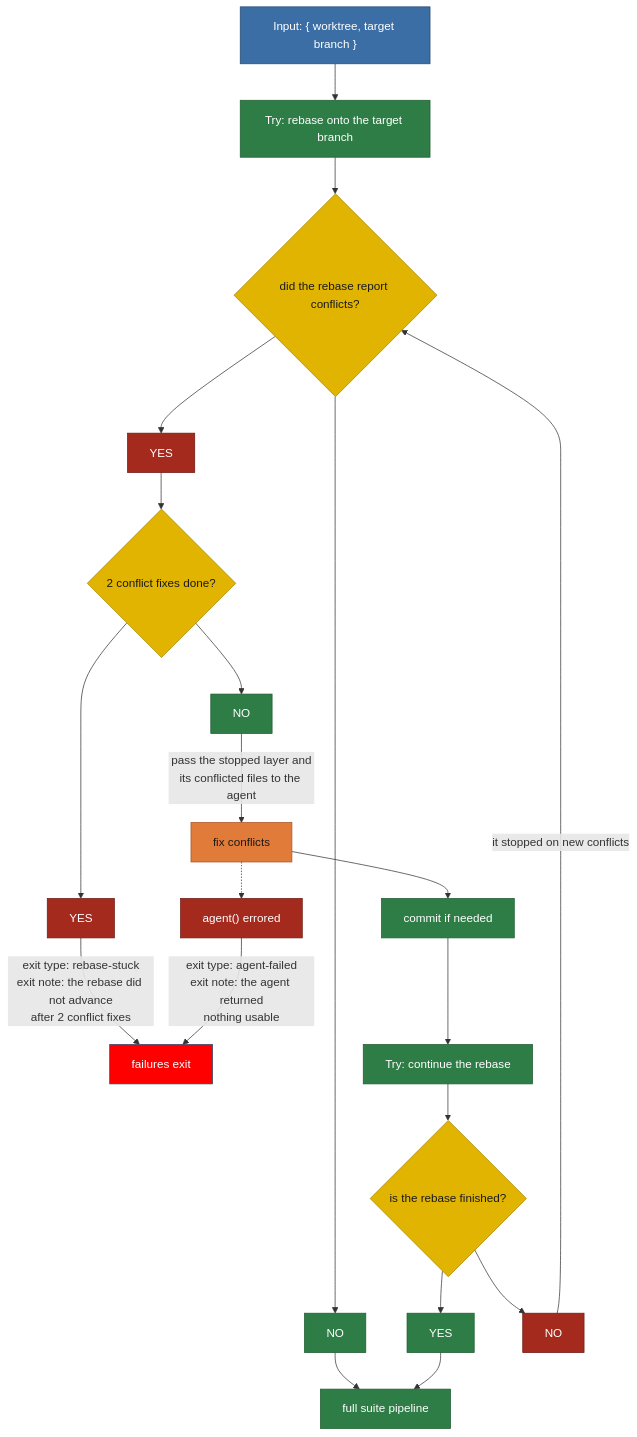
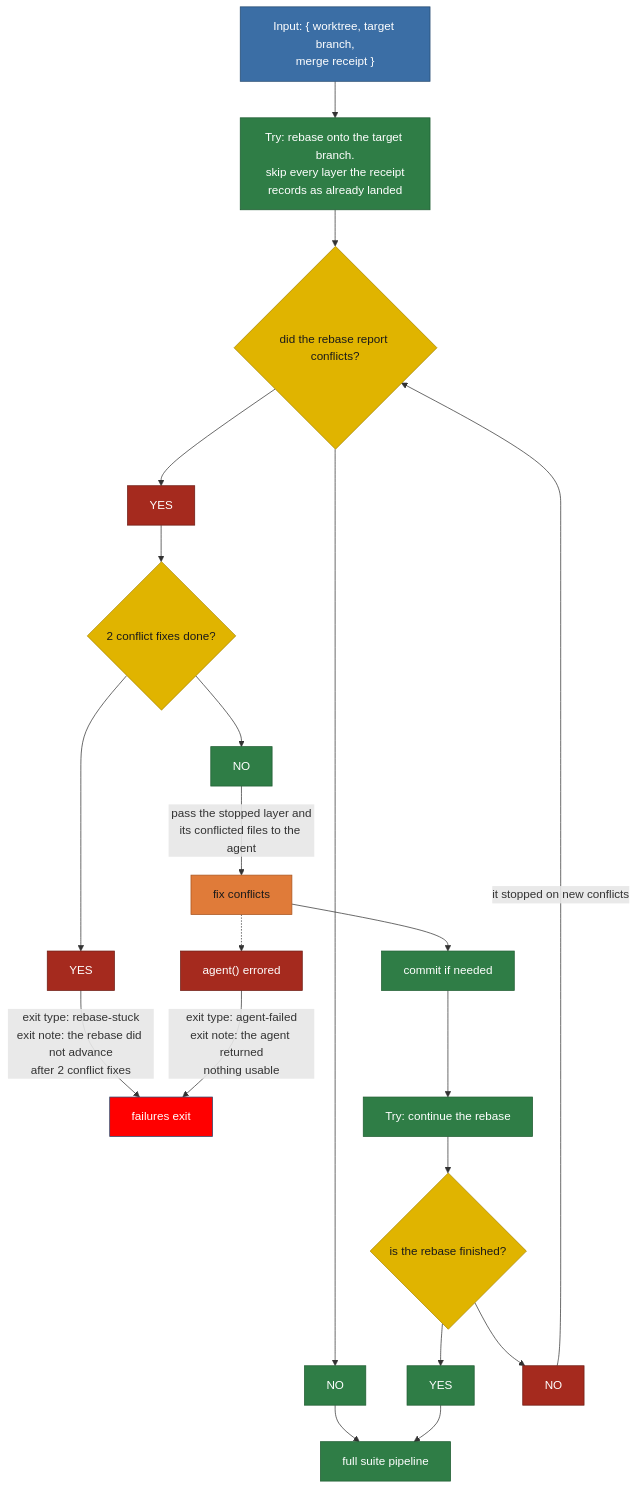
The diagram in plans/diagram/pipeline-rebase.mmd (matkatmusic/taskTools), drawn with Mermaid before and after one commit. The commit also changed 15 other files, not shown here.

Commit message:
cleaned up comments in pipeline diagrams

```diff
--- a/plans/diagram/pipeline-rebase.mmd
+++ b/plans/diagram/pipeline-rebase.mmd
@@ -1,70 +1,75 @@
 flowchart TB
-%% REBASE PIPELINE. Split from pipeline-rebaseMerge.mmd.
-%% Input: a finished implementation, with the source repo lock already held by
-%% the rebase preamble pipeline.
-%% One job: get the task's commits sitting on top of the target branch.
-%% Starts at "rebase onto the target branch". Ends rebased, or with an exit.
-%% Rules that apply everywhere, not steps:
-%%   1. Every git interaction goes through a script. Never prose.
-%%   2. A repair is never replayed until it is committed, so the conflict cycle
-%%      always runs fix -> commit -> continue, never fix -> continue.
-%%   3. "commit if needed" commits nothing when the worktree is clean.
-%%   4. Every box that touches the working tree operates on every repository
-%%      layer, deepest submodule first, root last.
-%%   5. The source repo lock is already held and stays held until the exit
-%%      workflow releases it. Every box here refreshes its heartbeat.
-%%   6. A script that fails operationally, as opposed to returning a verdict,
-%%      exits the run as run-failed. The task is already active and a worktree
-%%      already exists here, so the exit workflow always runs in full.
-%% Exit types this pipeline can produce:
-%%   agent-failed       - an agent returned nothing usable
-%%   rebase-stuck       - the rebase did not advance after 2 conflict fixes
-%%   run-failed         - a script failed operationally
-%% run-failed is deliberately not drawn as an edge out of every box. It can leave
-%% ANY green box, so drawing it would add one edge per box and hide the flow.
-%% The rebased worktree this pipeline emits is the input to the full suite
-%% pipeline. The merge pipeline re-enters here when a merge does not land.
+%% REBASE PIPELINE.
+%% ---
+%% Input: a finished implementation.
+%% ---
+%% Job: put the task's commits on top of the target branch.
+%% ---
+%% A conflict fix runs fix, then commit, then continue.
+%% ---
+%% Never fix then continue without committing first.
+%% ---
+%% The source lock is already held here.
+%% ---
+%% Every box refreshes the lock's heartbeat.
+%% ---
+%% Walks every repository layer, deepest submodule first.
+%% ---
+%% The receipt names layers already landed by the merge.
+%% ---
+%% A landed layer is public. Rebasing it would rewrite it.
+%% ---
+%% So this pipeline skips any layer the receipt marks landed.
+%% ---
+%% Merge re-enters here only when nothing landed.
+%% ---
+%% So the receipt is normally empty, but check, don't assume.
+%% ---
+%% Exit types: agent-failed, rebase-stuck, run-failed.
+%% ---
+%% Output feeds the full suite pipeline.
 
-  SOURCE_REPO_LOCKED_INPUT["Input: { worktree, target branch }"] --> REBASE_ONTO_TARGET_BRANCH
-  REBASE_ONTO_TARGET_BRANCH["Try: rebase onto the target branch"] --> DID_REBASE_REPORT_CONFLICTS{"did the rebase report conflicts?"}
+  SOURCE_REPO_LOCKED_INPUT["Input: { worktree, target branch,<br/>merge receipt }"] --> REBASE_ONTO_TARGET_BRANCH
+  REBASE_ONTO_TARGET_BRANCH["Try: rebase onto the target branch.<br/>skip every layer the receipt<br/>records as already landed"] --> DID_REBASE_REPORT_CONFLICTS{"did the rebase report conflicts?"}
   DID_REBASE_REPORT_CONFLICTS --> DID_REBASE_REPORT_CONFLICTS_YES["YES"]
   DID_REBASE_REPORT_CONFLICTS --> DID_REBASE_REPORT_CONFLICTS_NO["NO"]
 
   DID_REBASE_REPORT_CONFLICTS_YES --> ARE_2_CONFLICT_FIXES_DONE{"2 conflict fixes done?"}
   ARE_2_CONFLICT_FIXES_DONE --> ARE_2_CONFLICT_FIXES_DONE_NO["NO"]
   ARE_2_CONFLICT_FIXES_DONE --> ARE_2_CONFLICT_FIXES_DONE_YES["YES"]
   ARE_2_CONFLICT_FIXES_DONE_YES -- "exit type: rebase-stuck<br/>exit note: the rebase did not advance<br/>after 2 conflict fixes" --> EXIT_WORKFLOW
   ARE_2_CONFLICT_FIXES_DONE_NO -- "pass the stopped layer and<br/>its conflicted files to the agent" --> FIX_CONFLICTS["fix conflicts"]
   FIX_CONFLICTS --> COMMIT_IF_NEEDED["commit if needed"]
   COMMIT_IF_NEEDED --> CONTINUE_REBASE["Try: continue the rebase"]
   CONTINUE_REBASE --> IS_REBASE_FINISHED{"is the rebase finished?"}
   IS_REBASE_FINISHED --> IS_REBASE_FINISHED_YES["YES"]
   IS_REBASE_FINISHED --> IS_REBASE_FINISHED_NO["NO"]
   IS_REBASE_FINISHED_NO -- "it stopped on new conflicts" --> DID_REBASE_REPORT_CONFLICTS
 
   DID_REBASE_REPORT_CONFLICTS_NO --> SUITE_PIPELINE
   IS_REBASE_FINISHED_YES --> SUITE_PIPELINE["full suite pipeline"]
 
   FIX_CONFLICTS -.-> AGENT_ERRORED["agent() errored"] -- "exit type: agent-failed<br/>exit note: the agent returned<br/>nothing usable" --> EXIT_WORKFLOW
 
   EXIT_WORKFLOW["failures exit"]
 
-  %% pass/nopass: green is the branch that keeps heading for the next pipeline,
-  %% red is the branch that goes back round the conflict cycle.
+  %% pass/nopass: green heads to the next pipeline.
+  %% ---
+  %% Red goes back round the conflict cycle.
   classDef pipeline fill:#2f7d46,stroke:#1e5c31,color:#ffffff
   classDef script fill:#2f7d46,stroke:#1e5c31,color:#ffffff
   classDef agent fill:#e07b39,stroke:#a8541f,color:#1a1a1a
   classDef decision fill:#e0b400,stroke:#a88600,color:#1a1a1a
   classDef output fill:#3b6ea5,stroke:#254a70,color:#ffffff
   classDef fail fill:red,stroke:#254a70,color:#ffffff
   classDef pass fill:#2f7d46,stroke:#1e5c31,color:#ffffff
   classDef nopass fill:#a52a1e,stroke:#6d1a12,color:#ffffff
   class AGENT_ERRORED nopass
   class EXIT_WORKFLOW fail
   class DID_REBASE_REPORT_CONFLICTS,IS_REBASE_FINISHED,ARE_2_CONFLICT_FIXES_DONE decision
   class REBASE_ONTO_TARGET_BRANCH,COMMIT_IF_NEEDED,CONTINUE_REBASE script
   class FIX_CONFLICTS agent
   class SUITE_PIPELINE pipeline
   class DID_REBASE_REPORT_CONFLICTS_NO,IS_REBASE_FINISHED_YES,ARE_2_CONFLICT_FIXES_DONE_NO pass
   class DID_REBASE_REPORT_CONFLICTS_YES,IS_REBASE_FINISHED_NO,ARE_2_CONFLICT_FIXES_DONE_YES nopass
   class SOURCE_REPO_LOCKED_INPUT output
```
